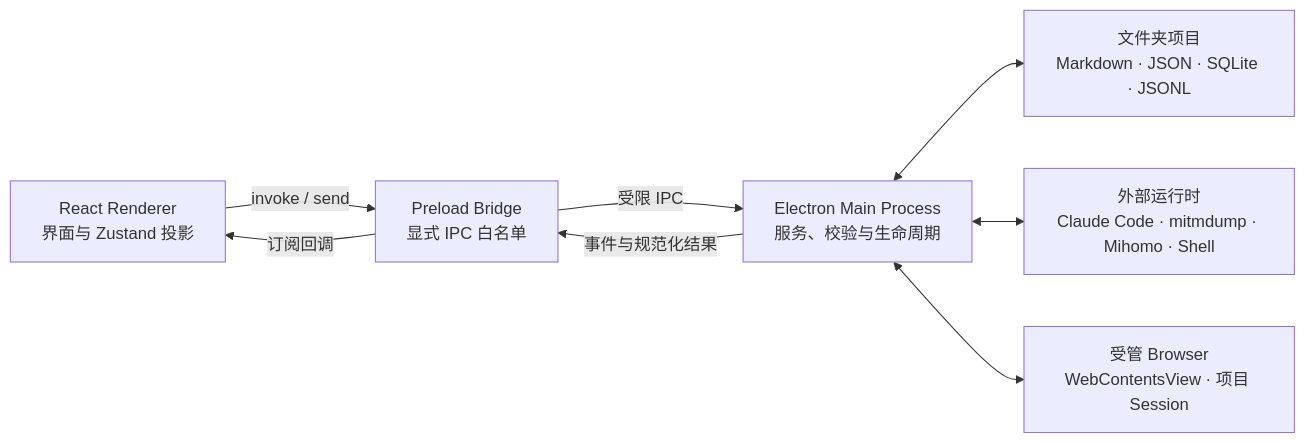
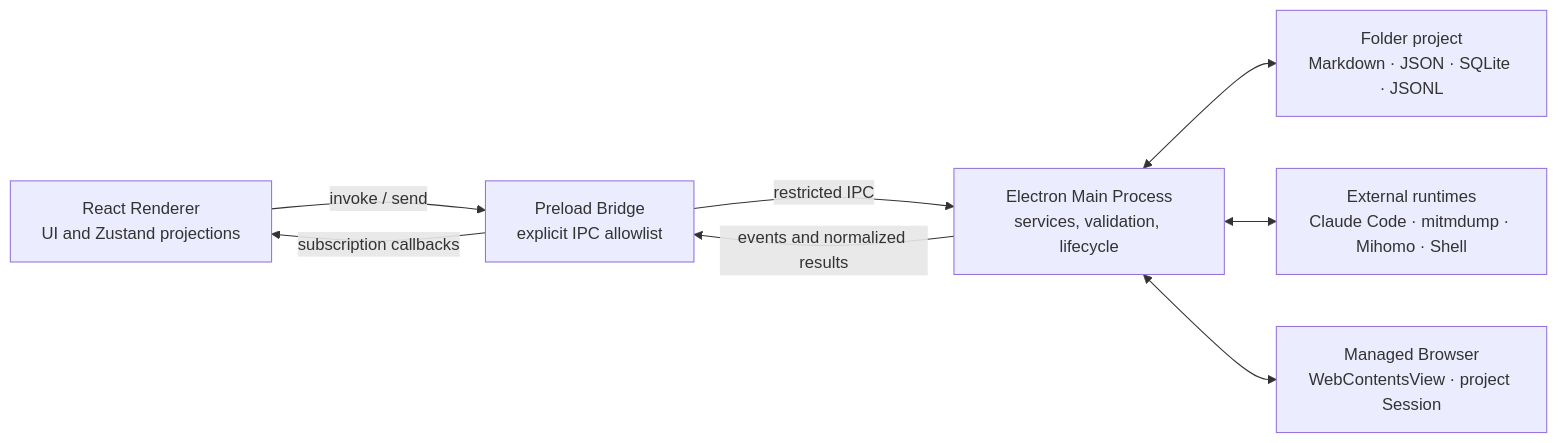
The diagram in docs/architecture.md (ABSllk/Hexestra), drawn with Mermaid before and after one commit. The commit also changed other lines of this file and 13 other files, not shown here.

````diff
--- a/docs/architecture.md
+++ b/docs/architecture.md
@@ -15,17 +13,17 @@
 ```mermaid
 flowchart LR
-    R["React Renderer<br/>界面与 Zustand 投影"]
-    P["Preload Bridge<br/>显式 IPC 白名单"]
-    M["Electron Main Process<br/>服务、校验与生命周期"]
-    D["文件夹项目<br/>Markdown · JSON · SQLite · JSONL"]
-    X["外部运行时<br/>Claude Code · mitmdump · Mihomo · Shell"]
-    B["受管 Browser<br/>WebContentsView · 项目 Session"]
+    R["React Renderer<br/>UI and Zustand projections"]
+    P["Preload Bridge<br/>explicit IPC allowlist"]
+    M["Electron Main Process<br/>services, validation, lifecycle"]
+    D["Folder project<br/>Markdown · JSON · SQLite · JSONL"]
+    X["External runtimes<br/>Claude Code · mitmdump · Mihomo · Shell"]
+    B["Managed Browser<br/>WebContentsView · project Session"]
 
     R -->|invoke / send| P
-    P -->|受限 IPC| M
-    M -->|事件与规范化结果| P
-    P -->|订阅回调| R
+    P -->|restricted IPC| M
+    M -->|events and normalized results| P
+    P -->|subscription callbacks| R
     M <--> D
     M <--> X
     M <--> B
 ```
````
